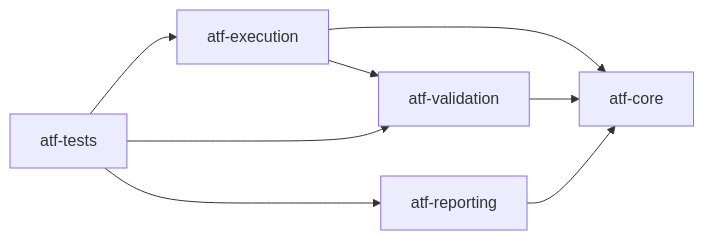
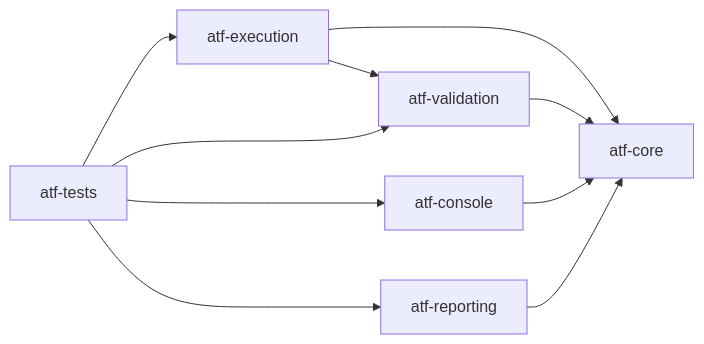
Before and after one commit to crististefanita/demo2: the second of 4 diagrams in README.md, drawn with Mermaid. The commit also changed other lines of this file and 124 other files, not shown here.

Commit message:
Add Java ATF console and mock parity modules

````diff
--- a/README.md
+++ b/README.md
@@ -80,10 +84,12 @@
 ```mermaid
 flowchart LR
     Tests[atf-tests] --> Execution[atf-execution]
     Tests --> Validation[atf-validation]
+    Tests --> Console[atf-console]
     Tests --> Reporting[atf-reporting]
     Execution --> Core[atf-core]
     Execution --> Validation
     Validation --> Core
+    Console --> Core
     Reporting --> Core
 ```
````
